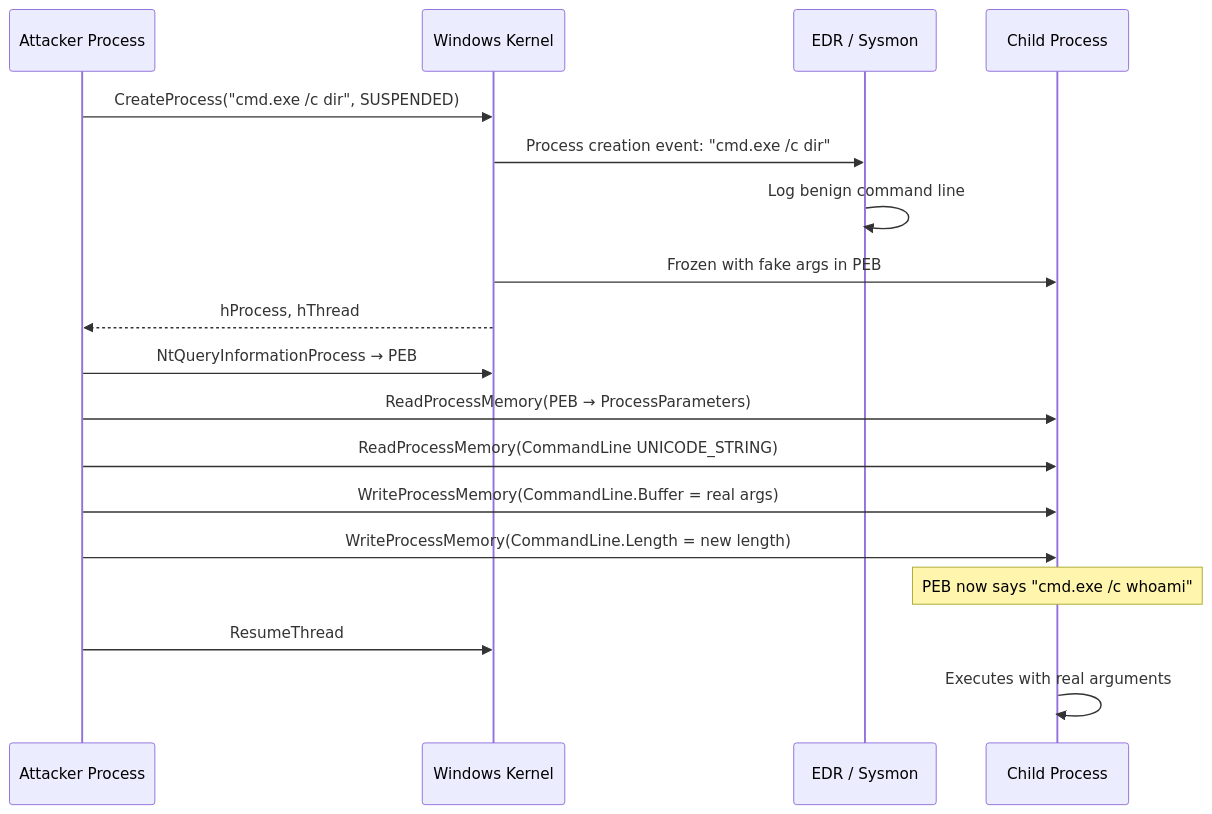
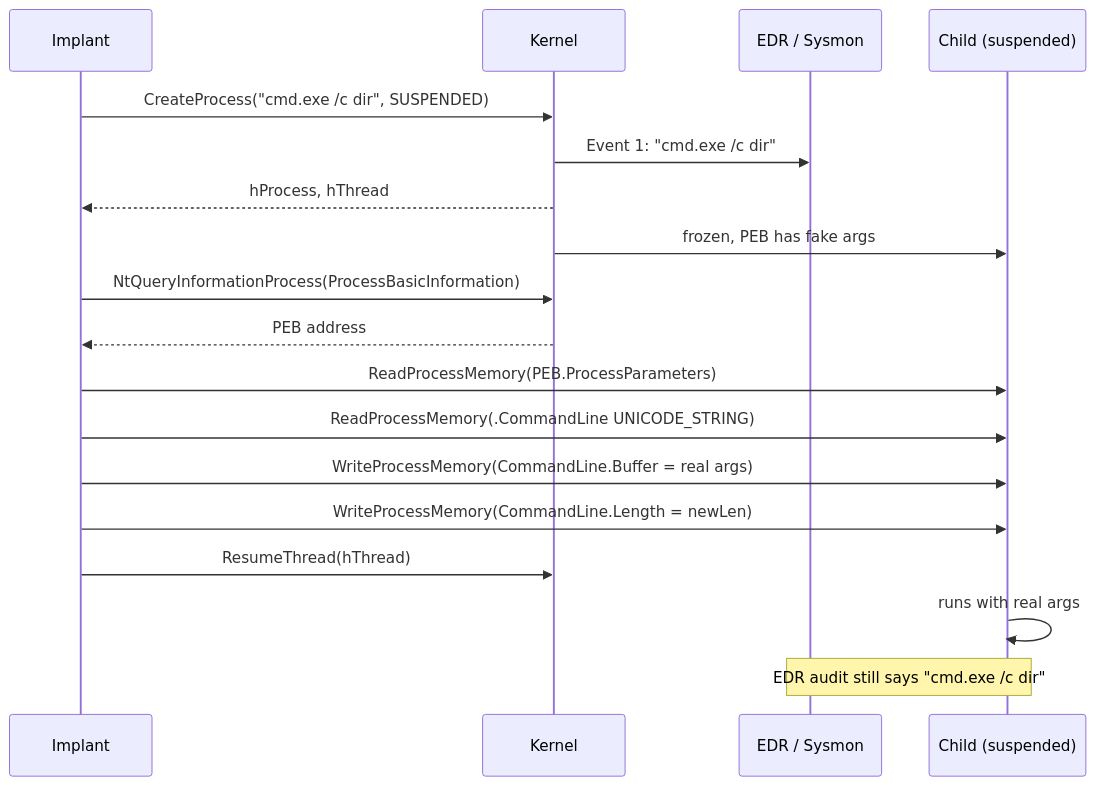
The diagram in docs/techniques/injection/process-arg-spoofing.md (oioio-space/maldev), drawn with Mermaid before and after one commit. The commit also changed other lines of this file and 3 other files, not shown here.

````diff
--- a/docs/techniques/injection/process-arg-spoofing.md
+++ b/docs/techniques/injection/process-arg-spoofing.md
@@ -15,25 +45,24 @@
 ```mermaid
 sequenceDiagram
-    participant Attacker as Attacker Process
-    participant Kernel as Windows Kernel
+    participant Impl as Implant
+    participant Kern as Kernel
     participant EDR as EDR / Sysmon
-    participant Child as Child Process
+    participant Child as Child (suspended)
 
-    Attacker->>Kernel: CreateProcess("cmd.exe /c dir", SUSPENDED)
-    Kernel->>EDR: Process creation event: "cmd.exe /c dir"
-    EDR->>EDR: Log benign command line
-    Kernel->>Child: Frozen with fake args in PEB
-    Kernel-->>Attacker: hProcess, hThread
+    Impl->>Kern: CreateProcess("cmd.exe /c dir", SUSPENDED)
+    Kern->>EDR: Event 1: "cmd.exe /c dir"
+    Kern-->>Impl: hProcess, hThread
+    Kern->>Child: frozen, PEB has fake args
 
-    Attacker->>Kernel: NtQueryInformationProcess → PEB
-    Attacker->>Child: ReadProcessMemory(PEB → ProcessParameters)
-    Attacker->>Child: ReadProcessMemory(CommandLine UNICODE_STRING)
+    Impl->>Kern: NtQueryInformationProcess(ProcessBasicInformation)
+    Kern-->>Impl: PEB address
+    Impl->>Child: ReadProcessMemory(PEB.ProcessParameters)
+    Impl->>Child: ReadProcessMemory(.CommandLine UNICODE_STRING)
 
-    Attacker->>Child: WriteProcessMemory(CommandLine.Buffer = real args)
-    Attacker->>Child: WriteProcessMemory(CommandLine.Length = new length)
+    Impl->>Child: WriteProcessMemory(CommandLine.Buffer = real args)
+    Impl->>Child: WriteProcessMemory(CommandLine.Length = newLen)
 
-    Note over Child: PEB now says "cmd.exe /c whoami"
-
-    Attacker->>Kernel: ResumeThread
-    Child->>Child: Executes with real arguments
+    Impl->>Kern: ResumeThread(hThread)
+    Child->>Child: runs with real args
+    Note over Child,EDR: EDR audit still says "cmd.exe /c dir"
 ```
````
